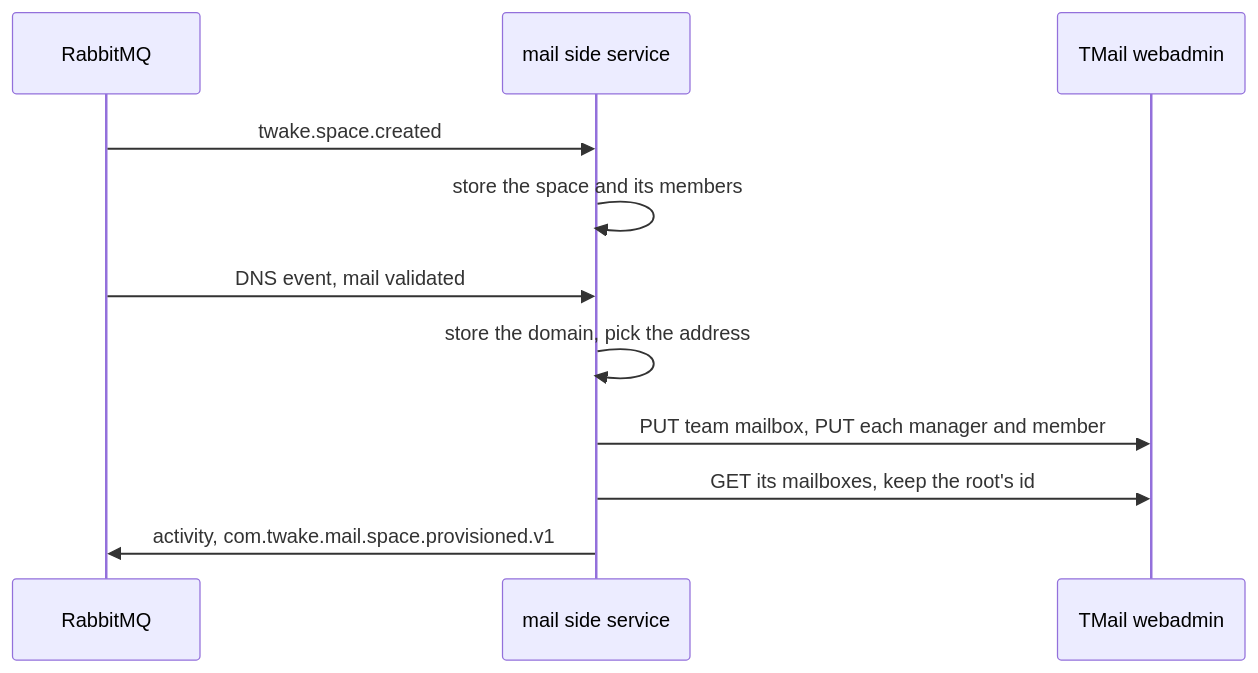
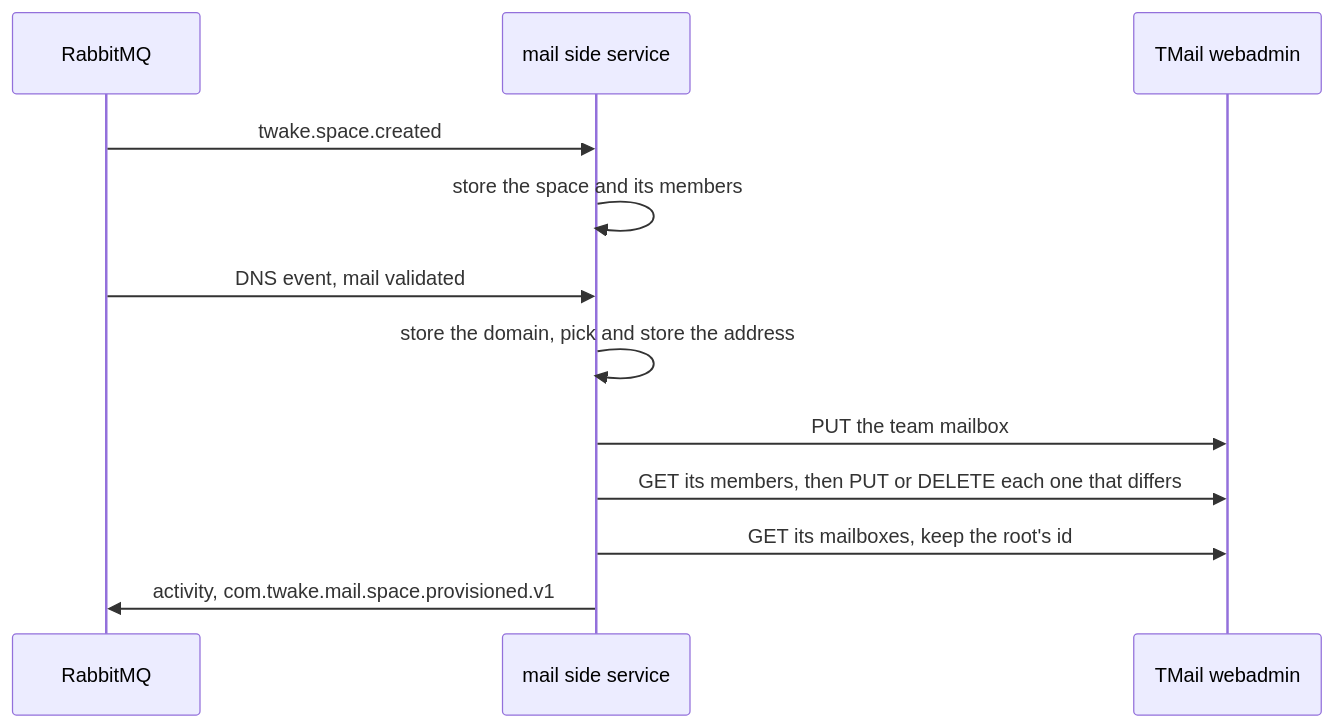
The diagram in docs/team-mailboxes.md (linagora/twake-mail-side-service), drawn with Mermaid before and after one commit. The commit also changed other lines of this file and 5 other files, not shown here.

Commit message:
docs: architecture, operations and dependencies checked against the code

````diff
--- a/docs/team-mailboxes.md
+++ b/docs/team-mailboxes.md
@@ -16,13 +16,14 @@
 ```mermaid
 sequenceDiagram
   participant R as RabbitMQ
   participant M as mail side service
   participant T as TMail webadmin
   R->>M: twake.space.created
   M->>M: store the space and its members
   R->>M: DNS event, mail validated
-  M->>M: store the domain, pick the address
-  M->>T: PUT team mailbox, PUT each manager and member
+  M->>M: store the domain, pick and store the address
+  M->>T: PUT the team mailbox
+  M->>T: GET its members, then PUT or DELETE each one that differs
   M->>T: GET its mailboxes, keep the root's id
   M->>R: activity, com.twake.mail.space.provisioned.v1
 ```
````
